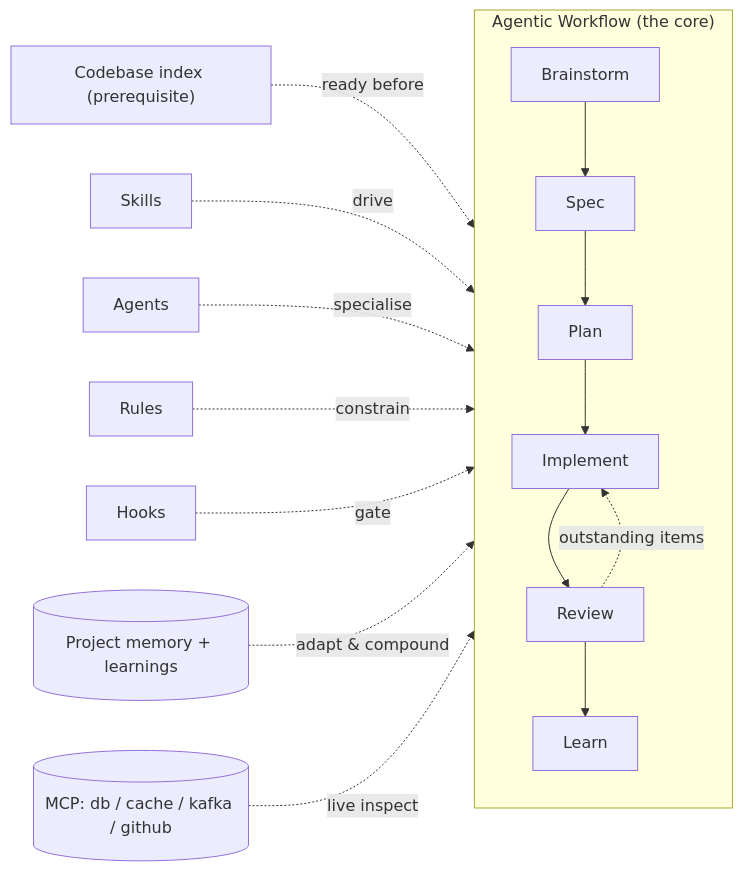
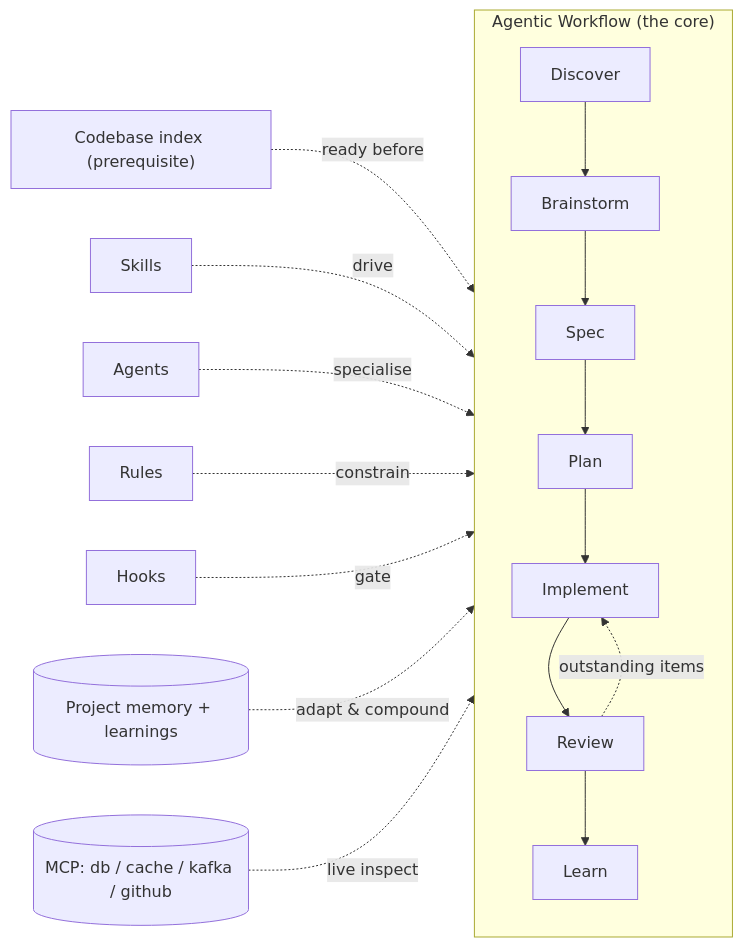
One commit to taipt1504/claudehut changed the first of 2 diagrams in .claude/docs/design/README.md. Above: the diagram before and after it, drawn with Mermaid. The commit also changed other lines of this file and 32 other files, not shown here.

````diff
--- a/.claude/docs/design/README.md
+++ b/.claude/docs/design/README.md
@@ -9,14 +9,14 @@
 ```mermaid
 flowchart LR
     PRE["Codebase index (prerequisite)"] -. ready before .-> CORE
     subgraph CORE["Agentic Workflow (the core)"]
-        B[Brainstorm] --> S[Spec] --> P[Plan] --> I[Implement] --> R[Review] --> L[Learn]
+        D[Discover] --> B[Brainstorm] --> S[Spec] --> P[Plan] --> I[Implement] --> R[Review] --> L[Learn]
         R -.->|outstanding items| I
     end
     SK[Skills] -. drive .-> CORE
     AG[Agents] -. specialise .-> CORE
     RU[Rules] -. constrain .-> CORE
     HK[Hooks] -. gate .-> CORE
     MEM[(Project memory + learnings)] -. adapt & compound .-> CORE
     MCP[(MCP: db / cache / kafka / github)] -. live inspect .-> CORE
 ```
````
